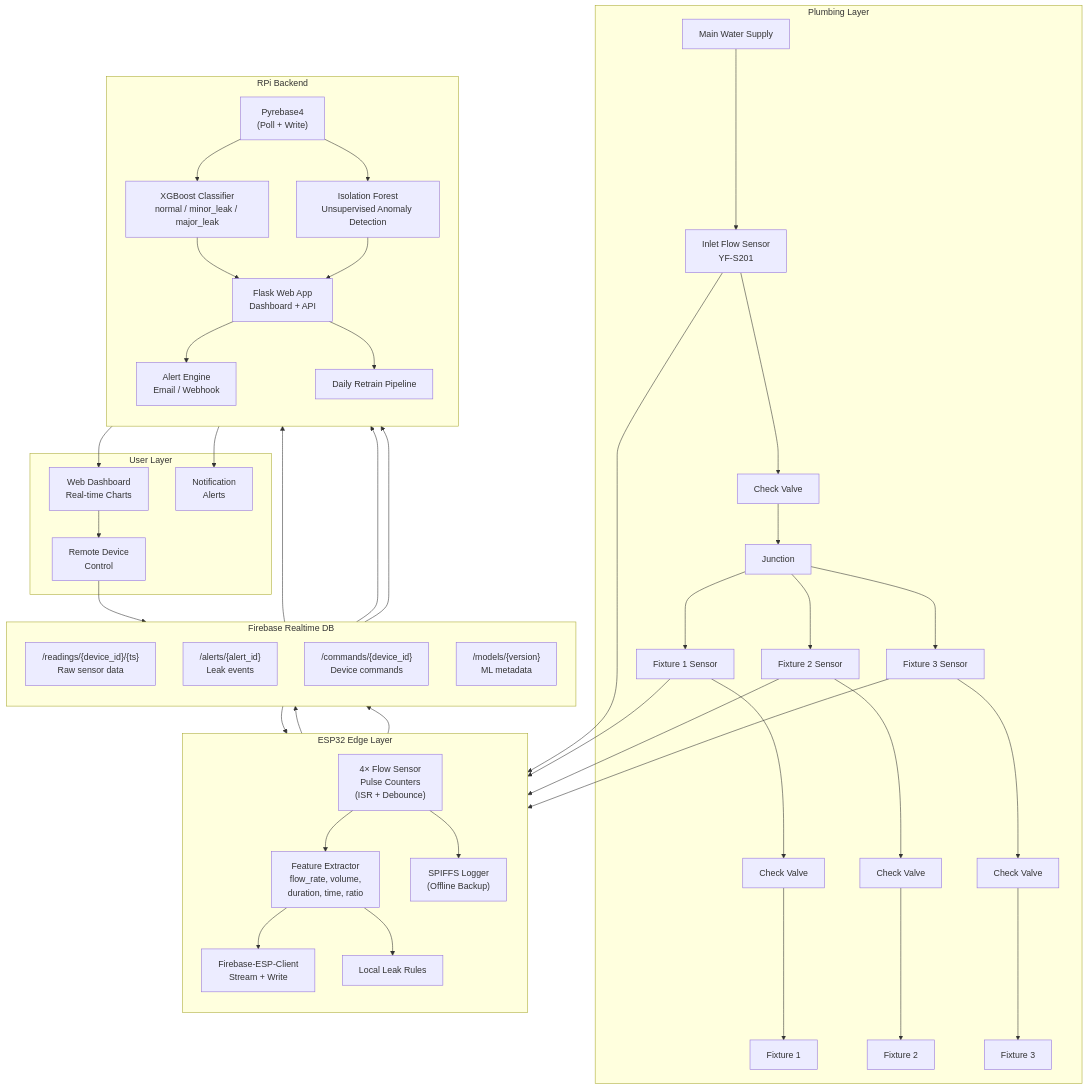
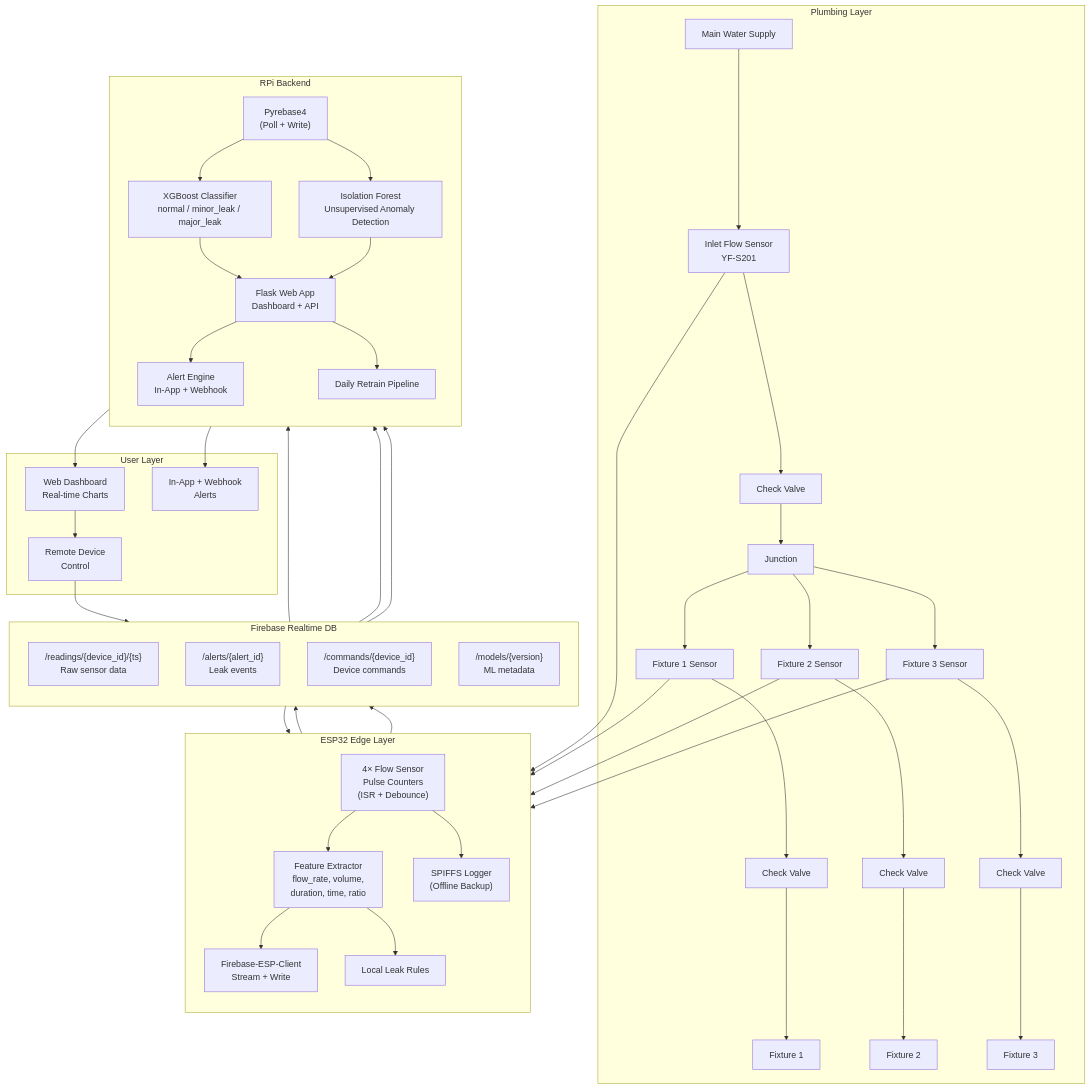
The diagram in docs/system-architecture.md (qppd/water-meter), drawn with Mermaid before and after one commit. The commit also changed other lines of this file and 3 other files, not shown here.

First line of the commit message:
docs: remove email/webhook, use only in-app + webhook notifications

````diff
--- a/docs/system-architecture.md
+++ b/docs/system-architecture.md
@@ -18,77 +18,77 @@
 ```mermaid
 graph TB
     subgraph "Plumbing Layer"
         A[Main Water Supply] --> B[Inlet Flow Sensor<br/>YF-S201]
         B --> C[Check Valve]
         C --> D[Junction]
         D --> E1[Fixture 1 Sensor]
         D --> E2[Fixture 2 Sensor]
         D --> E3[Fixture 3 Sensor]
         E1 --> CV1[Check Valve] --> F1[Fixture 1]
         E2 --> CV2[Check Valve] --> F2[Fixture 2]
         E3 --> CV3[Check Valve] --> F3[Fixture 3]
     end
 
     subgraph "ESP32 Edge Layer"
         direction TB
         Sensors["4× Flow Sensor<br/>Pulse Counters<br/>(ISR + Debounce)"]
         Features["Feature Extractor<br/>flow_rate, volume,<br/>duration, time, ratio"]
         FirebaseClient["Firebase-ESP-Client<br/>Stream + Write"]
         LocalCtrl["Local Leak Rules"]
         SPIFFS["SPIFFS Logger<br/>(Offline Backup)"]
         
         Sensors --> Features
         Features --> FirebaseClient
         Features --> LocalCtrl
         Sensors --> SPIFFS
     end
 
     subgraph "Firebase Realtime DB"
         direction TB
         Readings["/readings/{device_id}/{ts}<br/>Raw sensor data"]
         Alerts["/alerts/{alert_id}<br/>Leak events"]
         Commands["/commands/{device_id}<br/>Device commands"]
         Models["/models/{version}<br/>ML metadata"]
     end
 
     subgraph "RPi Backend"
         direction TB
         FBAdmin["Pyrebase4<br/>(Poll + Write)"]
         XGB["XGBoost Classifier<br/>normal / minor_leak / major_leak"]
         ISO["Isolation Forest<br/>Unsupervised Anomaly Detection"]
         Flask["Flask Web App<br/>Dashboard + API"]
-        AlertEngine["Alert Engine<br/>Email / Webhook"]
+        AlertEngine["Alert Engine<br/>In-App + Webhook"]
         Retrain["Daily Retrain Pipeline"]
         
         FBAdmin --> XGB
         FBAdmin --> ISO
         XGB --> Flask
         ISO --> Flask
         Flask --> AlertEngine
         Flask --> Retrain
     end
 
     subgraph "User Layer"
         Dashboard["Web Dashboard<br/>Real-time Charts"]
-        Notif["Notification<br/>Alerts"]
+        Notif["In-App + Webhook<br/>Alerts"]
         Cmd["Remote Device<br/>Control"]
     end
 
     B --> Sensors
     E1 --> Sensors
     E2 --> Sensors
     E3 --> Sensors
     
     FirebaseClient --> Readings
     FirebaseClient --> Alerts
     Commands --> FirebaseClient
     
     Readings --> FBAdmin
     Alerts --> FBAdmin
     Commands --> FBAdmin
     
     Flask --> Dashboard
     AlertEngine --> Notif
     Dashboard --> Cmd
     Cmd --> Commands
 ```
````
